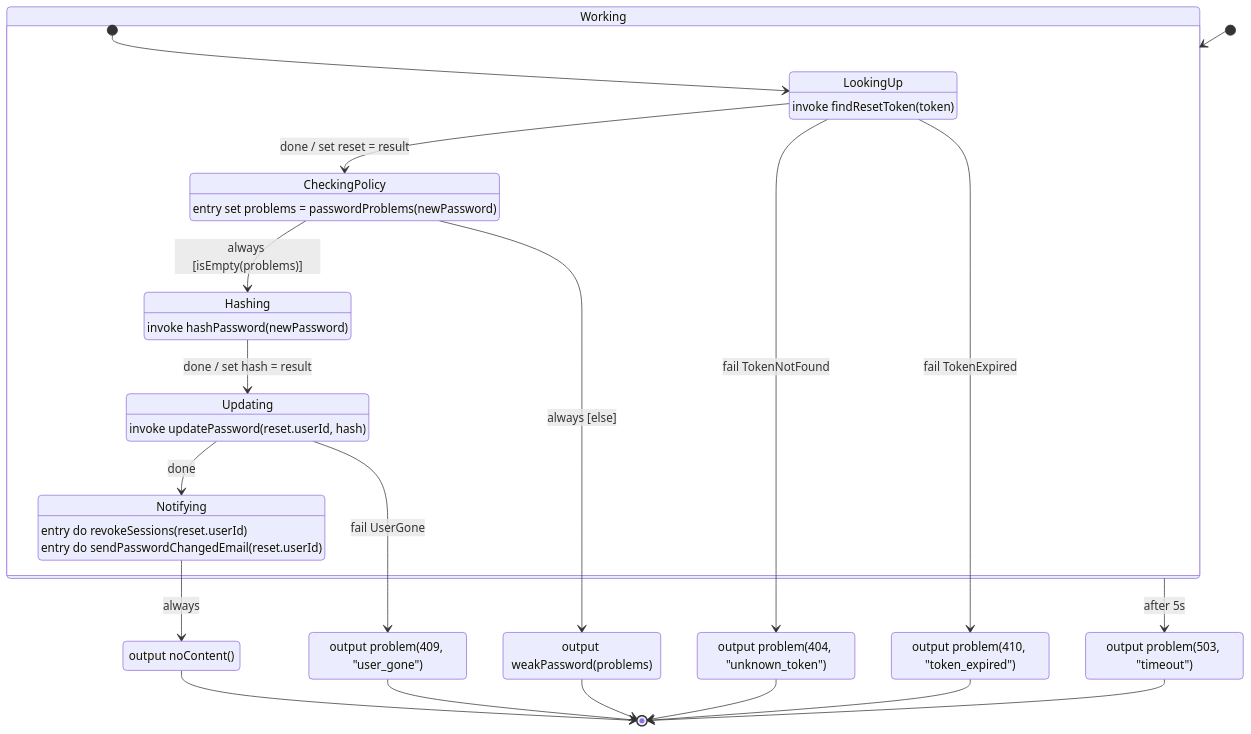
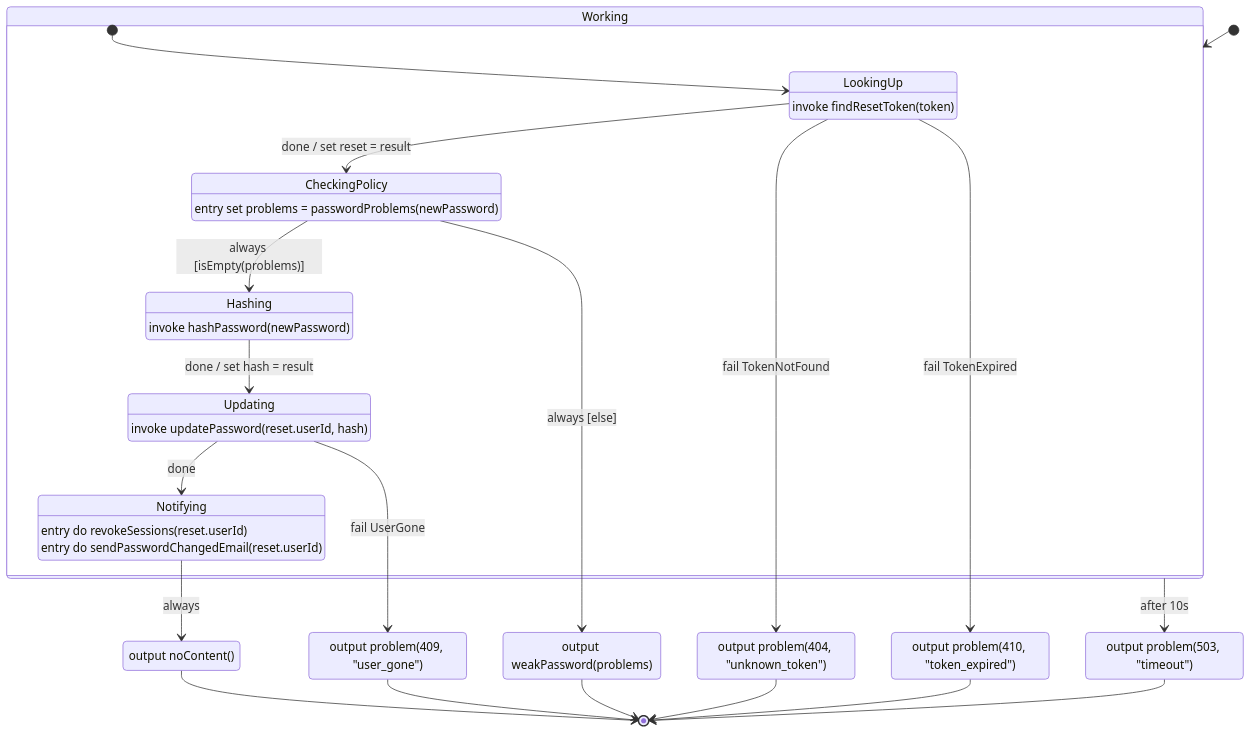
The diagram in packages/viewer/test/mermaid/examples-password-reset-confirm.md (dire-kiwi/roadbook), drawn with Mermaid before and after one commit. The commit also changed 1 other file, not shown here.

Commit message:
Test: regenerate the viewer fixtures for the changed chart

````diff
--- a/packages/viewer/test/mermaid/examples-password-reset-confirm.md
+++ b/packages/viewer/test/mermaid/examples-password-reset-confirm.md
@@ -10,40 +10,40 @@
 ```mermaid
 stateDiagram-v2
   state Working {
     state "LookingUp" as Working_LookingUp
     Working_LookingUp: invoke findResetToken(token)
     state "CheckingPolicy" as Working_CheckingPolicy
     Working_CheckingPolicy: entry set problems = passwordProblems(newPassword)
     state "Hashing" as Working_Hashing
     Working_Hashing: invoke hashPassword(newPassword)
     state "Updating" as Working_Updating
     Working_Updating: invoke updatePassword(reset.userId, hash)
     state "Notifying" as Working_Notifying
     Working_Notifying: entry do revokeSessions(reset.userId)
     Working_Notifying: entry do sendPasswordChangedEmail(reset.userId)
     [*] --> Working_LookingUp
     Working_LookingUp --> Working_CheckingPolicy: done / set reset = result
     Working_CheckingPolicy --> Working_Hashing: always [isEmpty(problems)]
     Working_Hashing --> Working_Updating: done / set hash = result
     Working_Updating --> Working_Notifying: done
   }
   Changed: output noContent()
   UnknownToken: output problem(404, "unknown_token")
   ExpiredToken: output problem(410, "token_expired")
   WeakPassword: output weakPassword(problems)
   UserVanished: output problem(409, "user_gone")
   TimedOut: output problem(503, "timeout")
   [*] --> Working
-  Working --> TimedOut: after 5s
+  Working --> TimedOut: after 10s
   Working_LookingUp --> UnknownToken: fail TokenNotFound
   Working_LookingUp --> ExpiredToken: fail TokenExpired
   Working_CheckingPolicy --> WeakPassword: always [else]
   Working_Updating --> UserVanished: fail UserGone
   Working_Notifying --> Changed: always
   Changed --> [*]
   UnknownToken --> [*]
   ExpiredToken --> [*]
   WeakPassword --> [*]
   UserVanished --> [*]
   TimedOut --> [*]
 ```
````
